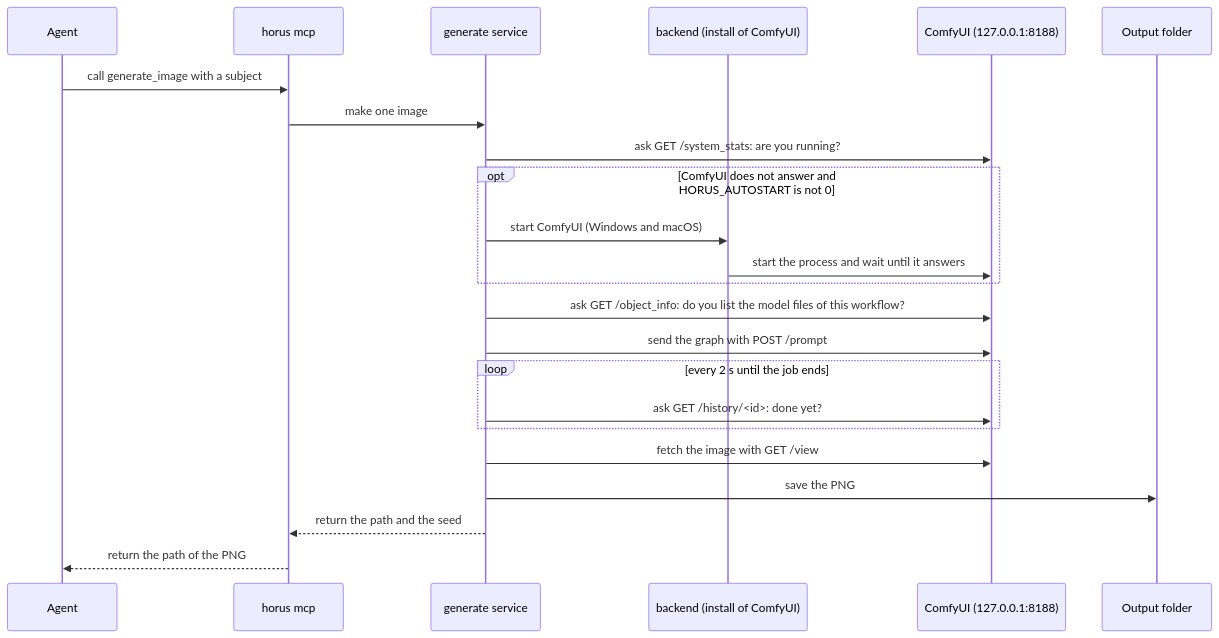
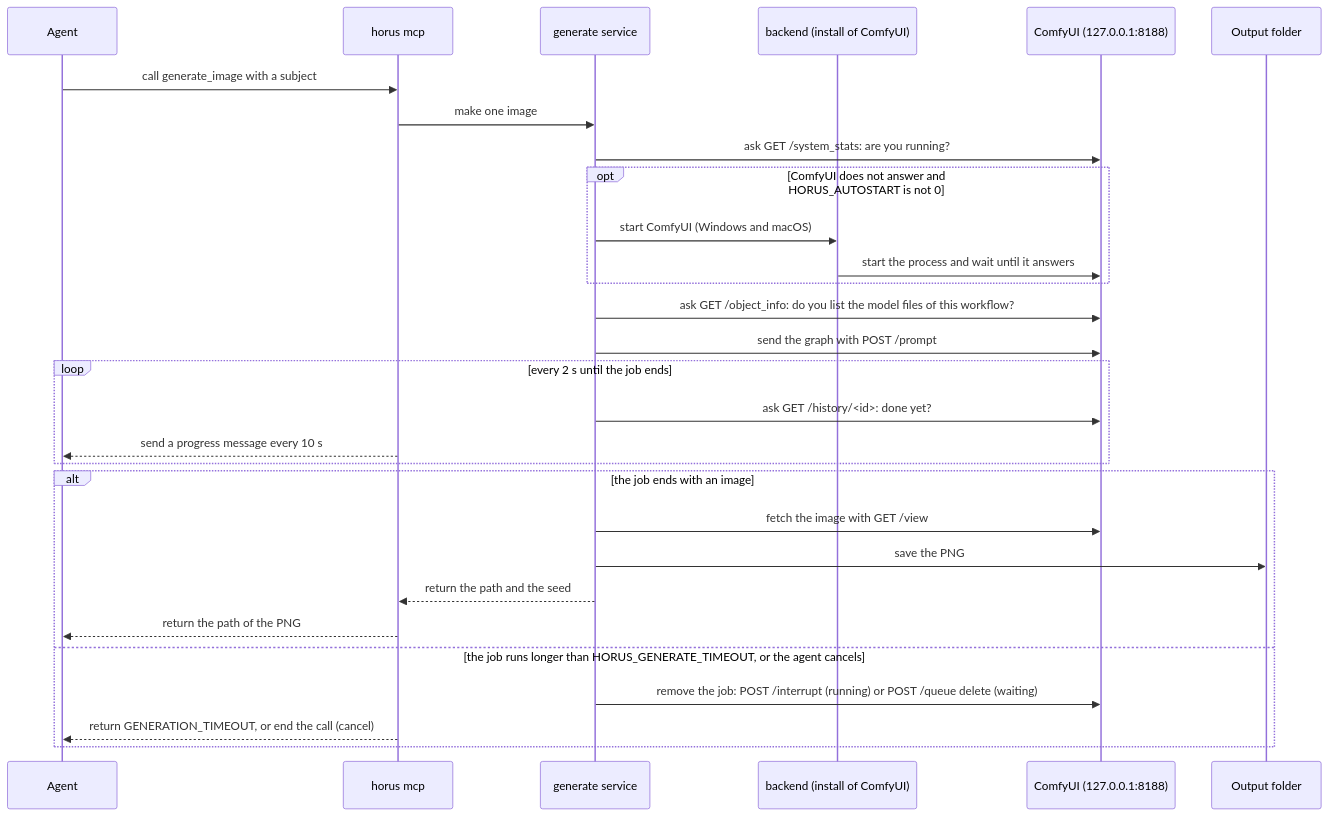
The fourth of 4 diagrams in docs/mcp.md (hieplam/horus), drawn with Mermaid before and after one commit. The commit also changed other lines of this file and 10 other files, not shown here.

First line of the commit message:
docs: make every diagram and instruction match the current design (#173)

````diff
--- a/docs/mcp.md
+++ b/docs/mcp.md
@@ -118,25 +136,31 @@
 ```mermaid
 sequenceDiagram
   participant A as Agent
   participant S as horus mcp
   participant G as generate service
   participant B as backend (install of ComfyUI)
   participant C as ComfyUI (127.0.0.1:8188)
   participant F as Output folder
   A->>S: call generate_image with a subject
   S->>G: make one image
   G->>C: ask GET /system_stats: are you running?
   opt ComfyUI does not answer and HORUS_AUTOSTART is not 0
     G->>B: start ComfyUI (Windows and macOS)
     B->>C: start the process and wait until it answers
   end
   G->>C: ask GET /object_info: do you list the model files of this workflow?
   G->>C: send the graph with POST /prompt
   loop every 2 s until the job ends
     G->>C: ask GET /history/<id>: done yet?
+    S-->>A: send a progress message every 10 s
   end
-  G->>C: fetch the image with GET /view
-  G->>F: save the PNG
-  G-->>S: return the path and the seed
-  S-->>A: return the path of the PNG
+  alt the job ends with an image
+    G->>C: fetch the image with GET /view
+    G->>F: save the PNG
+    G-->>S: return the path and the seed
+    S-->>A: return the path of the PNG
+  else the job runs longer than HORUS_GENERATE_TIMEOUT, or the agent cancels
+    G->>C: remove the job: POST /interrupt (running) or POST /queue delete (waiting)
+    S-->>A: return GENERATION_TIMEOUT, or end the call (cancel)
+  end
 ```
````
